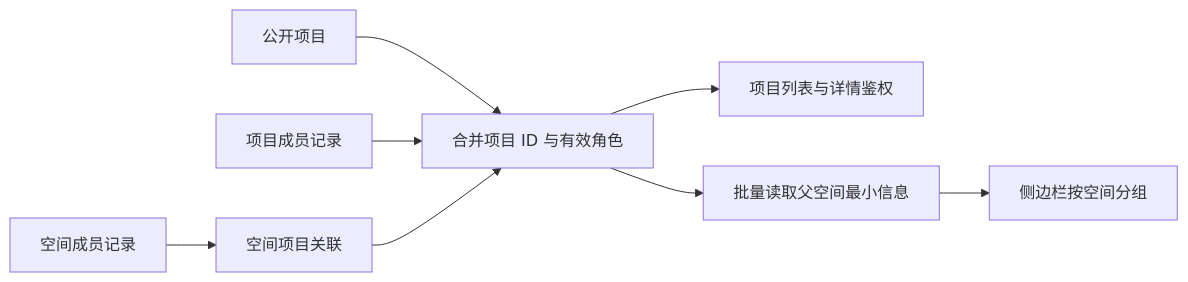
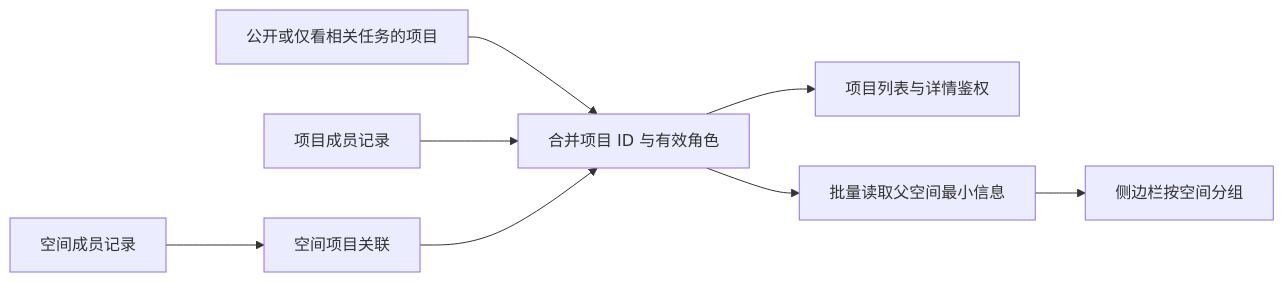
Before and after one commit to wecode-ai/wegent-docs: the diagram in i18n/zh/docusaurus-plugin-content-docs/current/developer-guide/project-visibility.md, drawn with Mermaid. The commit also changed other lines of this file and 3 other files, not shown here.

````diff
--- a/i18n/zh/docusaurus-plugin-content-docs/current/developer-guide/project-visibility.md
+++ b/i18n/zh/docusaurus-plugin-content-docs/current/developer-guide/project-visibility.md
@@ -15,10 +18,10 @@
 ```mermaid
 flowchart LR
-    A[公开项目] --> D[合并项目 ID 与有效角色]
+    A[公开或仅看相关任务的项目] --> D[合并项目 ID 与有效角色]
     B[项目成员记录] --> D
     C[空间成员记录] --> E[空间项目关联]
     E --> D
     D --> F[项目列表与详情鉴权]
     D --> G[批量读取父空间最小信息]
     G --> H[侧边栏按空间分组]
 ```
````
